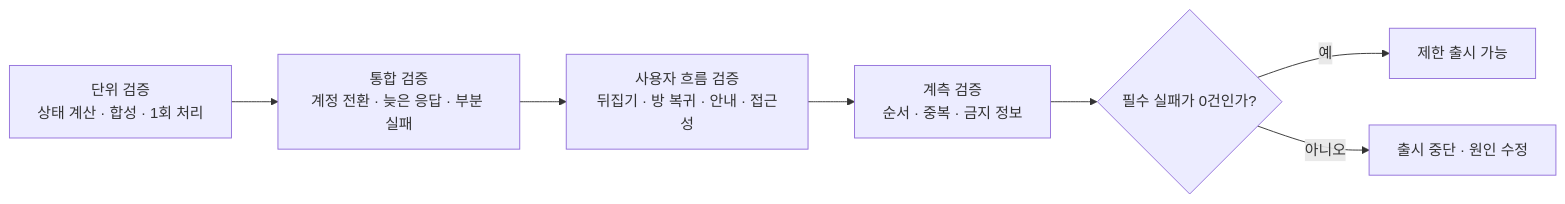
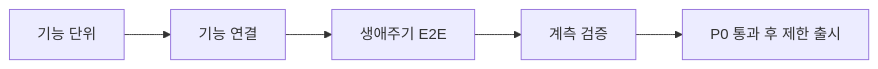
The fourth of 4 diagrams in docs/prd/group/low-level-design.md (OneOrThree/phone), drawn with Mermaid before and after one commit. The commit also changed other lines of this file and 17 other files, not shown here.

````diff
--- a/docs/prd/group/low-level-design.md
+++ b/docs/prd/group/low-level-design.md
@@ -255,9 +121,7 @@
 ```mermaid
 flowchart LR
-    Unit["단위 검증<br/>상태 계산 · 합성 · 1회 처리"] --> Integration["통합 검증<br/>계정 전환 · 늦은 응답 · 부분 실패"]
-    Integration --> E2E["사용자 흐름 검증<br/>뒤집기 · 방 복귀 · 안내 · 접근성"]
-    E2E --> Analytics["계측 검증<br/>순서 · 중복 · 금지 정보"]
-    Analytics --> Gate{"필수 실패가 0건인가?"}
-    Gate -->|예| Release["제한 출시 가능"]
-    Gate -->|아니오| Stop["출시 중단 · 원인 수정"]
+    Unit["기능 단위"] --> Contract["기능 연결"]
+    Contract --> Journey["생애주기 E2E"]
+    Journey --> Analytics["계측 검증"]
+    Analytics --> Release["P0 통과 후 제한 출시"]
 ```
````
